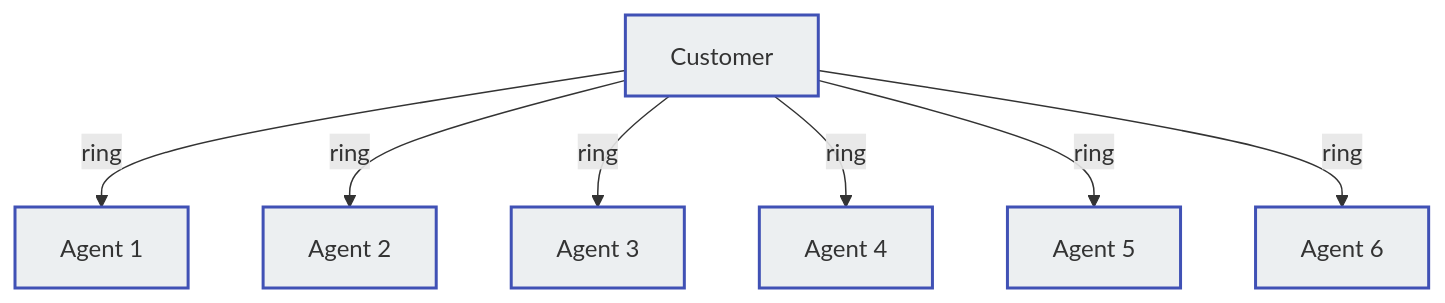
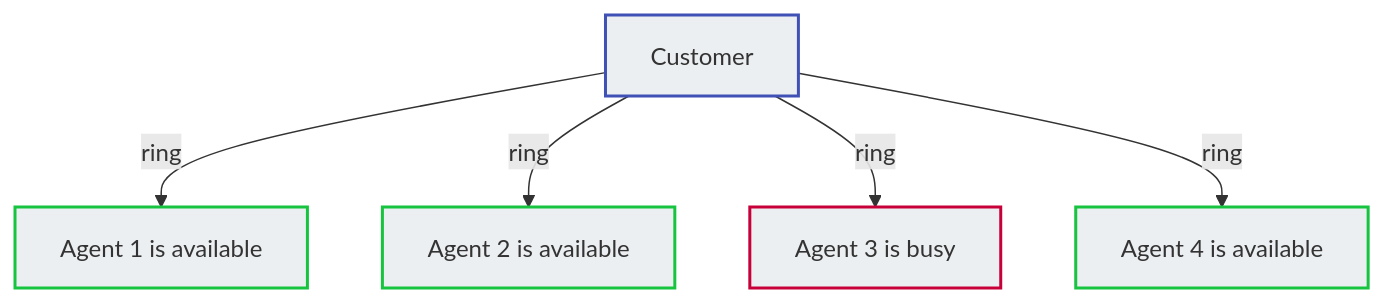
Before and after one commit to connexcs/docs: the first of 3 diagrams in docs/class5/creating-group.md, drawn with Mermaid.

````diff
--- a/docs/class5/creating-group.md
+++ b/docs/class5/creating-group.md
@@ -13,16 +13,12 @@
 ```mermaid
 graph TD
-A[Customer] -->|ring| B[Agent 1]
-A[Customer] -->|ring| C[Agent 2]
-A[Customer] -->|ring| D[Agent 3]
-A[Customer] -->|ring| E[Agent 4]
-A[Customer] -->|ring| F[Agent 5]
-A[Customer] -->|ring| G[Agent 6]
+A[Customer] -->|ring| B[Agent 1 is available]
+A[Customer] -->|ring| C[Agent 2 is available]
+A[Customer] -->|ring| D[Agent 3 is busy]
+A[Customer] -->|ring| E[Agent 4 is available]
 style A fill:#ECEFF1,stroke:#4051b5,stroke-width:2px
-style B fill:#ECEFF1,stroke:#4051b5,stroke-width:2px
-style C fill:#ECEFF1,stroke:#4051b5,stroke-width:2px
-style D fill:#ECEFF1,stroke:#4051b5,stroke-width:2px
-style E fill:#ECEFF1,stroke:#4051b5,stroke-width:2px
-style F fill:#ECEFF1,stroke:#4051b5,stroke-width:2px
-style G fill:#ECEFF1,stroke:#4051b5,stroke-width:2px
+style B fill:#ECEFF1,stroke:#16C440,stroke-width:2px
+style C fill:#ECEFF1,stroke:#16C440,stroke-width:2px
+style D fill:#ECEFF1,stroke:#C70039,stroke-width:2px
+style E fill:#ECEFF1,stroke:#16C440,stroke-width:2px
 ```
````
